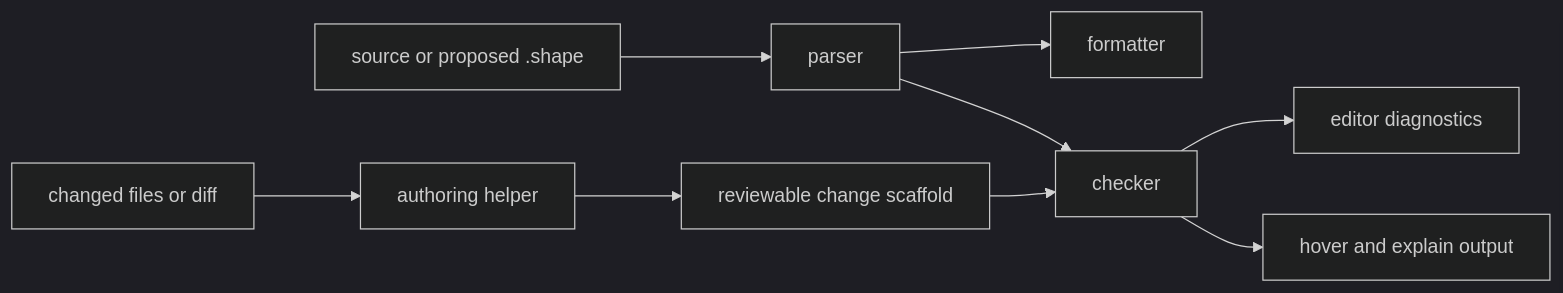
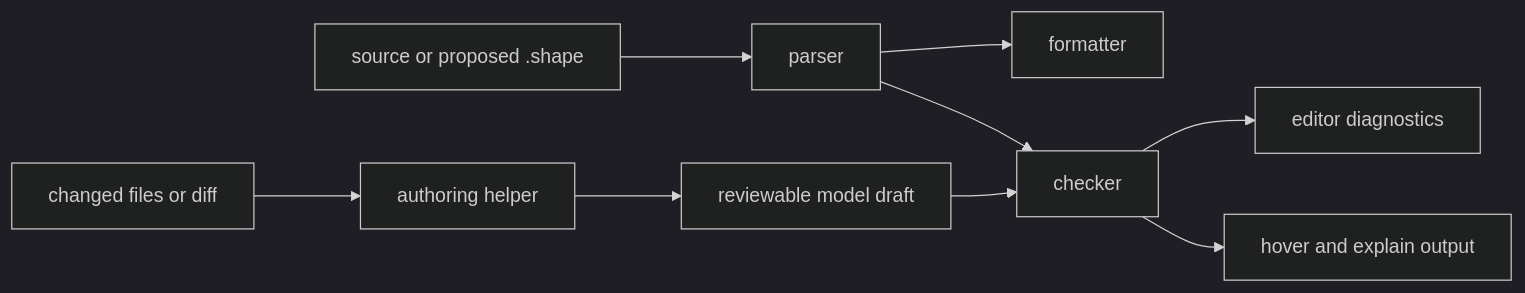
The first of 3 diagrams in docs-site/src/content/docs/inside-shape/formatter-editor-authoring.md (timbrinded/shapelang), drawn with Mermaid (dark theme) before and after one commit. The commit also changed other lines of this file and 27 other files, not shown here.

````diff
--- a/docs-site/src/content/docs/inside-shape/formatter-editor-authoring.md
+++ b/docs-site/src/content/docs/inside-shape/formatter-editor-authoring.md
@@ -14,11 +14,11 @@
 ```mermaid
 flowchart LR
   A["source or proposed .shape"] --> B["parser"]
   B --> C["formatter"]
   B --> D["checker"]
   D --> E["editor diagnostics"]
   D --> F["hover and explain output"]
   G["changed files or diff"] --> H["authoring helper"]
-  H --> I["reviewable change scaffold"]
+  H --> I["reviewable model draft"]
   I --> D
 ```
````
